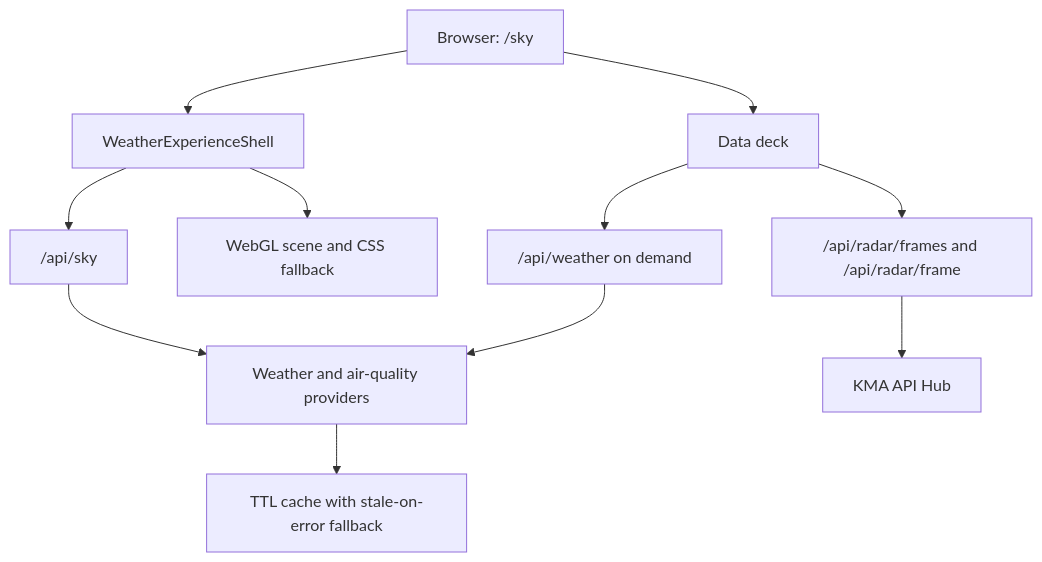
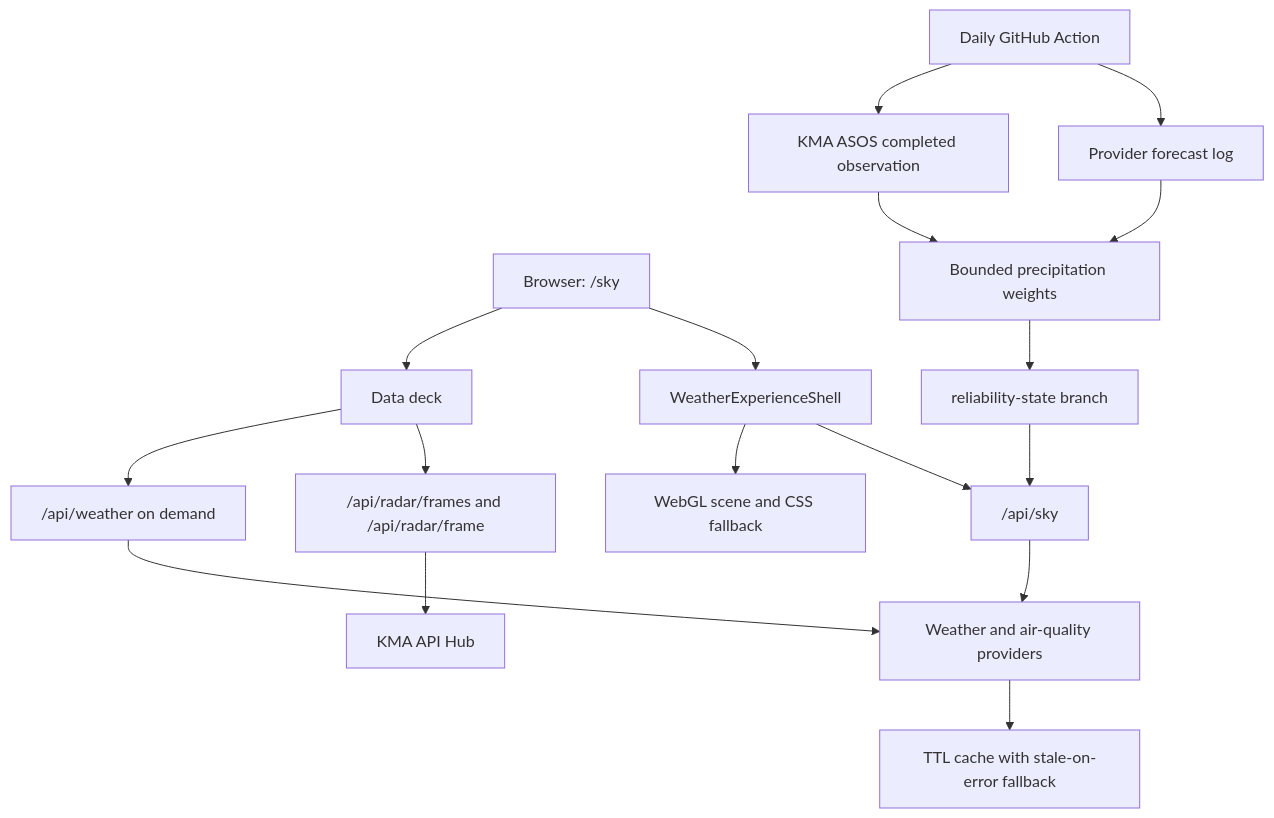
Before and after one commit to mhju0/seoulsky: the diagram in README.md, drawn with Mermaid. The commit also changed other lines of this file and 14 other files, not shown here.

````diff
--- a/README.md
+++ b/README.md
@@ -49,13 +65,19 @@
 ```mermaid
 flowchart TB
   Browser["Browser: /sky"] --> Shell["WeatherExperienceShell"]
   Shell --> SkyAPI["/api/sky"]
   Shell --> Scene["WebGL scene and CSS fallback"]
   Browser --> Deck["Data deck"]
   Deck --> Radar["/api/radar/frames and /api/radar/frame"]
   Deck --> Intelligence["/api/weather on demand"]
   SkyAPI --> Providers["Weather and air-quality providers"]
   Intelligence --> Providers
   Radar --> KMA["KMA API Hub"]
   Providers --> Cache["TTL cache with stale-on-error fallback"]
+  Action["Daily GitHub Action"] --> ForecastLog["Provider forecast log"]
+  Action --> KMAObservation["KMA ASOS completed observation"]
+  ForecastLog --> Weights["Bounded precipitation weights"]
+  KMAObservation --> Weights
+  Weights --> StateBranch["reliability-state branch"]
+  StateBranch --> SkyAPI
 ```
````
